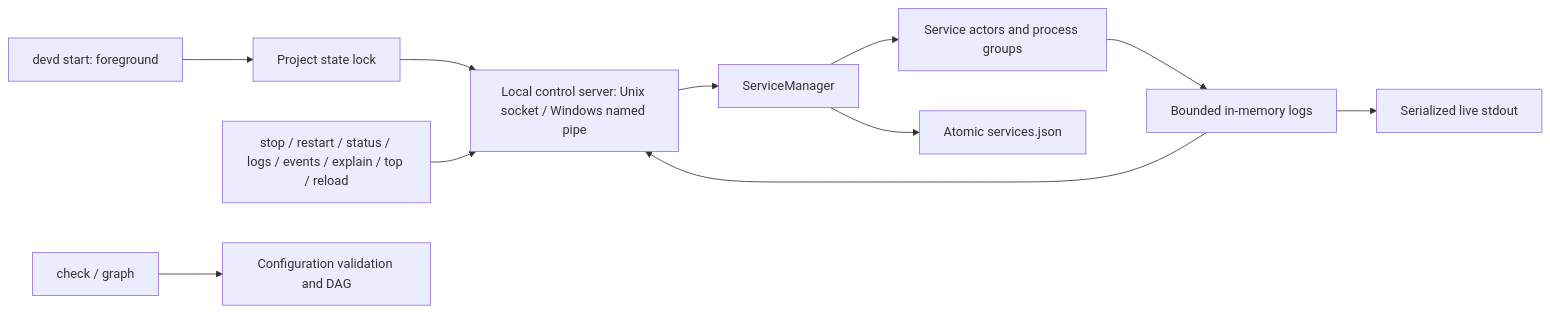
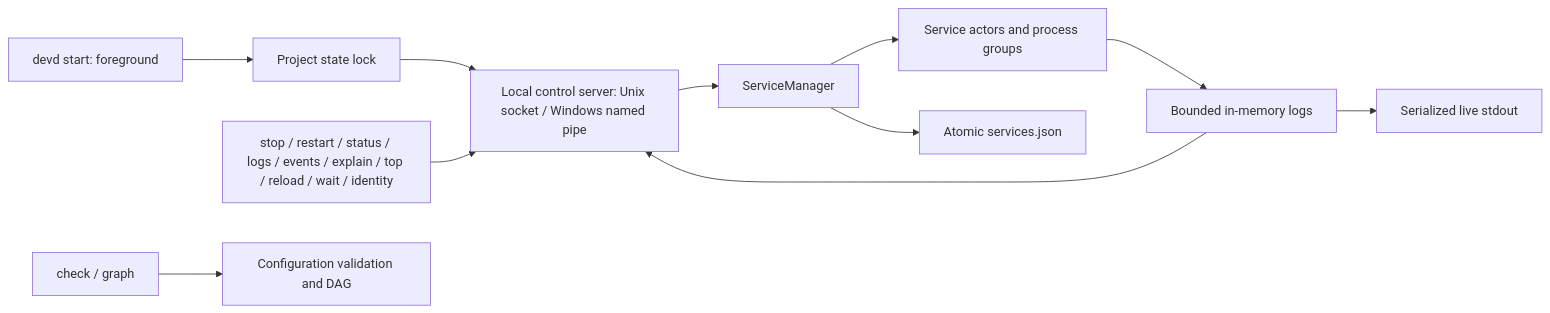
The first of 2 diagrams in ARCHITECTURE.md (Ceng-0324/Devd), drawn with Mermaid before and after one commit. The commit also changed other lines of this file and 13 other files, not shown here.

````diff
--- a/ARCHITECTURE.md
+++ b/ARCHITECTURE.md
@@ -15,13 +17,13 @@
 ```mermaid
 flowchart LR
     start[devd start: foreground] --> lock[Project state lock]
     lock --> server[Local control server: Unix socket / Windows named pipe]
     server --> manager[ServiceManager]
-    clients[stop / restart / status / logs / events / explain / top / reload] --> server
+    clients[stop / restart / status / logs / events / explain / top / reload / wait / identity] --> server
     manager --> actors[Service actors and process groups]
     actors --> logs[Bounded in-memory logs]
     logs --> terminal[Serialized live stdout]
     logs --> server
     manager --> state[Atomic services.json]
     check[check / graph] --> config[Configuration validation and DAG]
 ```
````
